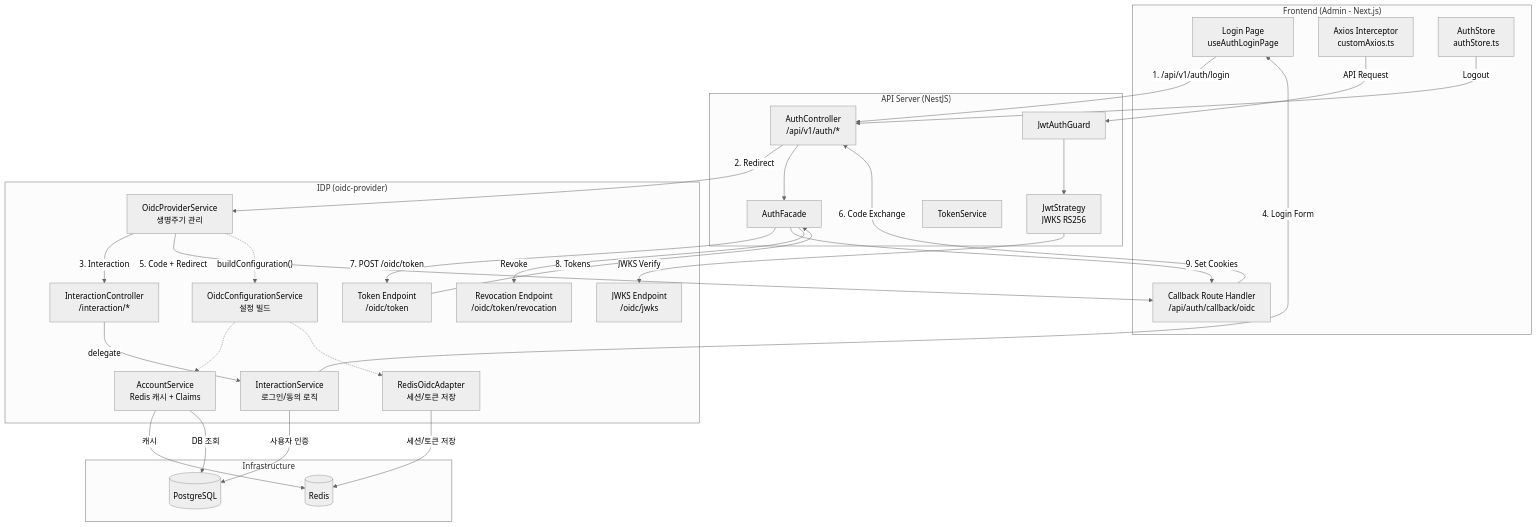
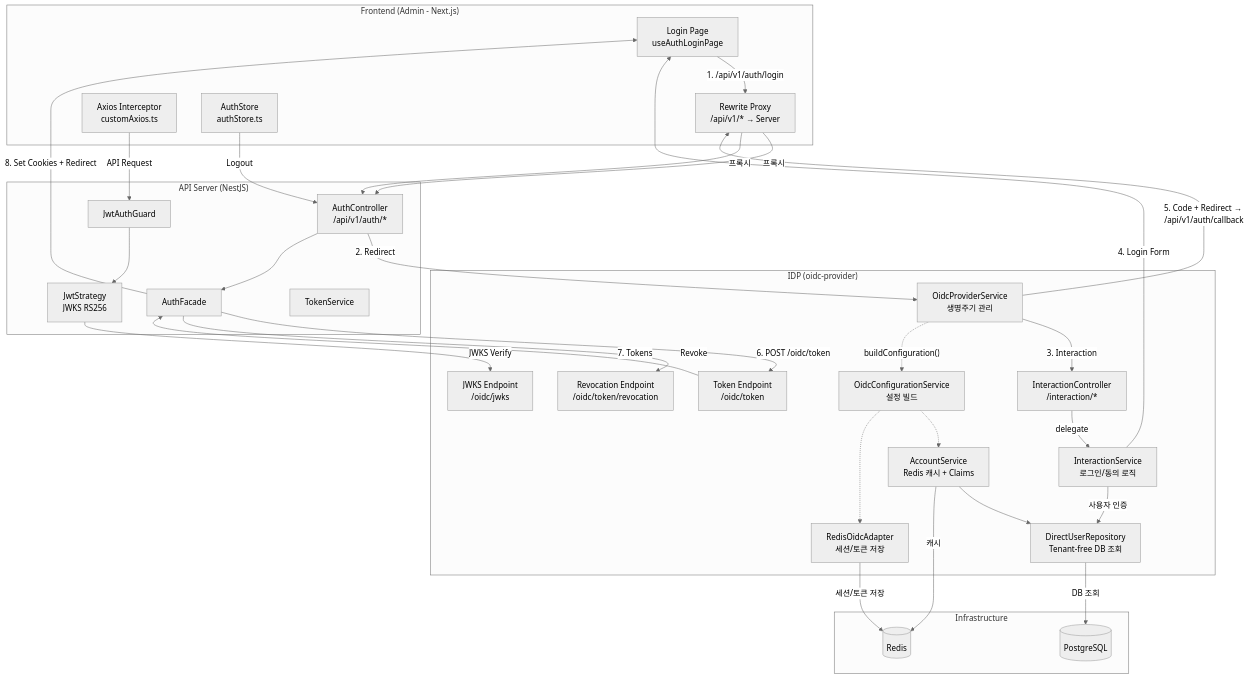
The fifth of 5 diagrams in apps/proposal/plans/_core/infrastructure/oidc-auth-flow.md (kimjoongwon/prj-core), drawn with Mermaid (neutral theme) before and after one commit. The commit also changed other lines of this file and 94 other files, not shown here.

````diff
--- a/apps/proposal/plans/_core/infrastructure/oidc-auth-flow.md
+++ b/apps/proposal/plans/_core/infrastructure/oidc-auth-flow.md
@@ -362,61 +372,64 @@
 ```mermaid
 graph TB
     subgraph "Frontend (Admin - Next.js)"
         LP[Login Page<br/>useAuthLoginPage]
-        CB[Callback Route Handler<br/>/api/auth/callback/oidc]
+        RW[Rewrite Proxy<br/>/api/v1/* → Server]
         AX[Axios Interceptor<br/>customAxios.ts]
         AS[AuthStore<br/>authStore.ts]
     end
 
     subgraph "API Server (NestJS)"
         AC[AuthController<br/>/api/v1/auth/*]
         AF[AuthFacade]
         JG[JwtAuthGuard]
         JS[JwtStrategy<br/>JWKS RS256]
         TS[TokenService]
     end
 
     subgraph "IDP (oidc-provider)"
         OPS[OidcProviderService<br/>생명주기 관리]
         OCS[OidcConfigurationService<br/>설정 빌드]
         IC[InteractionController<br/>/interaction/*]
         IS[InteractionService<br/>로그인/동의 로직]
         ACS[AccountService<br/>Redis 캐시 + Claims]
+        DUR[DirectUserRepository<br/>Tenant-free DB 조회]
         ROA[RedisOidcAdapter<br/>세션/토큰 저장]
         JWKS[JWKS Endpoint<br/>/oidc/jwks]
         TE[Token Endpoint<br/>/oidc/token]
         RE[Revocation Endpoint<br/>/oidc/token/revocation]
     end
 
     subgraph "Infrastructure"
         DB[(PostgreSQL)]
         RD[(Redis)]
     end
 
-    LP -->|"1. /api/v1/auth/login"| AC
+    LP -->|"1. /api/v1/auth/login"| RW
+    RW -->|"프록시"| AC
     AC -->|"2. Redirect"| OPS
     OPS -->|"3. Interaction"| IC
     IC -->|"delegate"| IS
     IS -->|"4. Login Form"| LP
-    OPS -->|"5. Code + Redirect"| CB
-    CB -->|"6. Code Exchange"| AC
+    OPS -->|"5. Code + Redirect → /api/v1/auth/callback"| RW
+    RW -->|"프록시"| AC
     AC --> AF
-    AF -->|"7. POST /oidc/token"| TE
-    TE -->|"8. Tokens"| AF
-    AF -->|"9. Set Cookies"| CB
+    AF -->|"6. POST /oidc/token"| TE
+    TE -->|"7. Tokens"| AF
+    AF -->|"8. Set Cookies + Redirect"| LP
 
     AX -->|"API Request"| JG
     JG --> JS
     JS -->|"JWKS Verify"| JWKS
 
     AS -->|"Logout"| AC
     AF -->|"Revoke"| RE
 
     OPS -.->|"buildConfiguration()"| OCS
     OCS -.-> ACS
     OCS -.-> ROA
+    ACS --> DUR
     ACS -->|"캐시"| RD
-    ACS -->|"DB 조회"| DB
+    DUR -->|"DB 조회"| DB
+    IS -->|"사용자 인증"| DUR
     ROA -->|"세션/토큰 저장"| RD
-    IS -->|"사용자 인증"| DB
 ```
````
